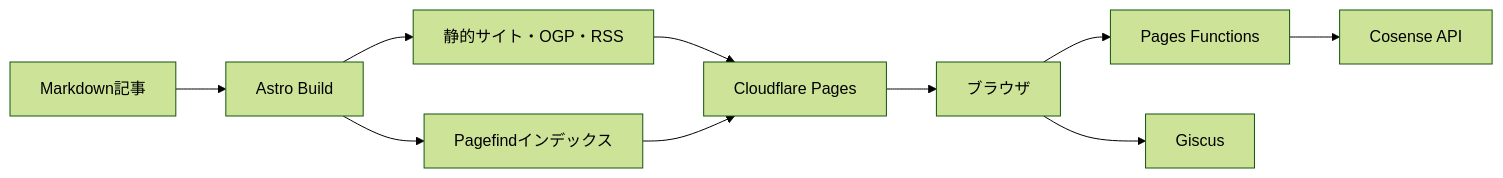
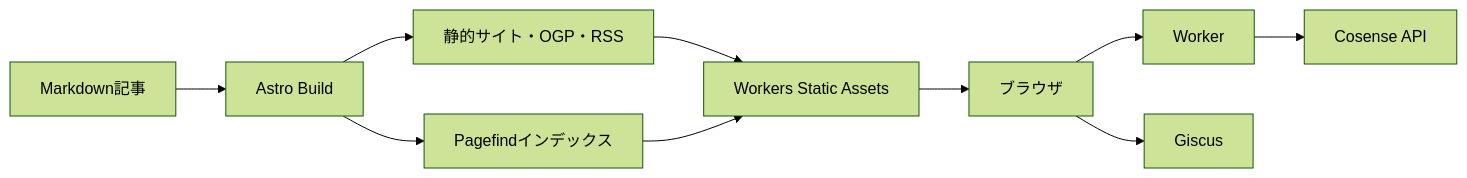
The diagram in README.md (KJR020/kjr020-blog), drawn with Mermaid (forest theme) before and after one commit. The commit also changed other lines of this file and 9 other files, not shown here.

````diff
--- a/README.md
+++ b/README.md
@@ -38,12 +38,12 @@
 ```mermaid
 graph LR
     M[Markdown記事] --> A[Astro Build]
     A --> D[静的サイト・OGP・RSS]
     A --> P[Pagefindインデックス]
-    D --> C[Cloudflare Pages]
+    D --> C[Workers Static Assets]
     P --> C
     C --> B[ブラウザ]
-    B --> F[Pages Functions]
+    B --> F[Worker]
     F --> S[Cosense API]
     B --> G[Giscus]
 ```
````
